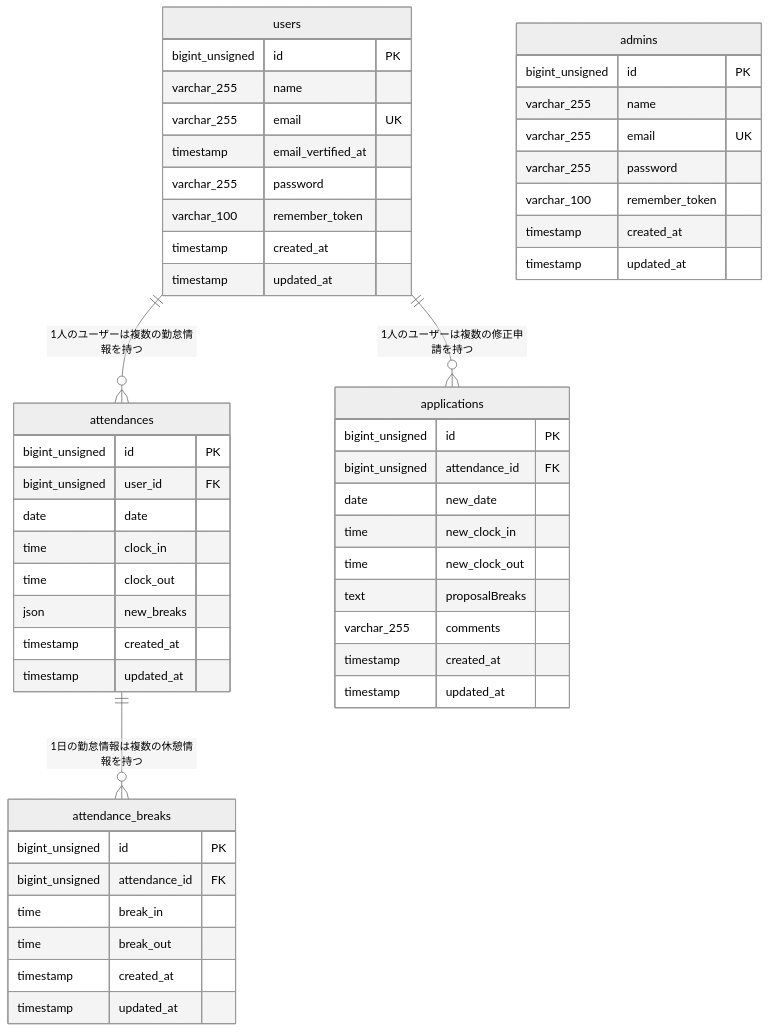
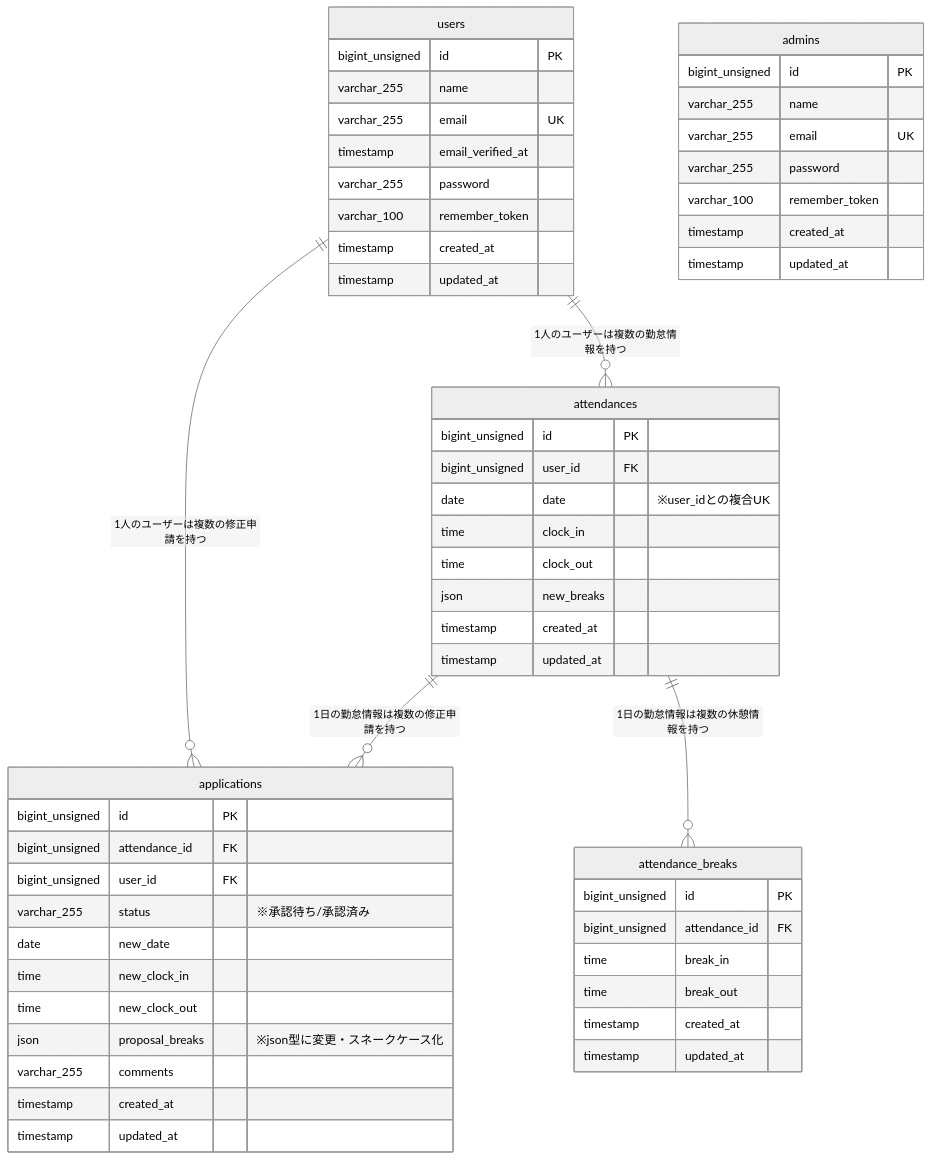
The diagram in README.md (Ma-Namba/attendance-app), drawn with Mermaid (neutral theme) before and after one commit. The commit also changed 3 other files, not shown here.

````diff
--- a/README.md
+++ b/README.md
@@ -115,55 +115,58 @@
 ```mermaid
 erDiagram
-users ||--o{ attendances: "1人のユーザーは複数の勤怠情報を持つ"
-users ||--o{ applications:"1人のユーザーは複数の修正申請を持つ"
-attendances ||--o{ attendance_breaks:"1日の勤怠情報は複数の休憩情報を持つ"
+    users ||--o{ attendances: "1人のユーザーは複数の勤怠情報を持つ"
+    users ||--o{ applications: "1人のユーザーは複数の修正申請を持つ"
+    attendances ||--o{ applications: "1日の勤怠情報は複数の修正申請を持つ"
+    attendances ||--o{ attendance_breaks: "1日の勤怠情報は複数の休憩情報を持つ"
 
-    users{
-bigint_unsigned id PK
-varchar_255 name
-varchar_255 email UK
-timestamp email_vertified_at
-varchar_255 password
-varchar_100 remember_token
-timestamp created_at
-timestamp updated_at
-}
-    admins{
-bigint_unsigned id PK
-varchar_255 name
-varchar_255 email UK
-varchar_255 password
-varchar_100 remember_token
-timestamp created_at
-timestamp updated_at
-}
-    attendances{
-bigint_unsigned id PK
-bigint_unsigned user_id FK
-date date
-time clock_in
-time clock_out
-json new_breaks
-timestamp created_at
-timestamp updated_at
-}
-    applications{
-bigint_unsigned id PK
-bigint_unsigned attendance_id FK
-date new_date
-time new_clock_in
-time new_clock_out
-text proposalBreaks
-varchar_255 comments
-timestamp created_at
-timestamp updated_at
-}
-    attendance_breaks{
-bigint_unsigned id PK
-bigint_unsigned attendance_id FK
-time break_in
-time break_out
-timestamp created_at
-timestamp updated_at
-}
+    users {
+        bigint_unsigned id PK
+        varchar_255 name
+        varchar_255 email UK
+        timestamp email_verified_at
+        varchar_255 password
+        varchar_100 remember_token
+        timestamp created_at
+        timestamp updated_at
+    }
+    admins {
+        bigint_unsigned id PK
+        varchar_255 name
+        varchar_255 email UK
+        varchar_255 password
+        varchar_100 remember_token
+        timestamp created_at
+        timestamp updated_at
+    }
+    attendances {
+        bigint_unsigned id PK
+        bigint_unsigned user_id FK
+        date date "※user_idとの複合UK"
+        time clock_in
+        time clock_out
+        json new_breaks
+        timestamp created_at
+        timestamp updated_at
+    }
+    applications {
+        bigint_unsigned id PK
+        bigint_unsigned attendance_id FK
+        bigint_unsigned user_id FK
+        varchar_255 status "※承認待ち/承認済み"
+        date new_date
+        time new_clock_in
+        time new_clock_out
+        json proposal_breaks "※json型に変更・スネークケース化"
+        varchar_255 comments
+        timestamp created_at
+        timestamp updated_at
+    }
+    attendance_breaks {
+        bigint_unsigned id PK
+        bigint_unsigned attendance_id FK
+        time break_in
+        time break_out
+        timestamp created_at
+        timestamp updated_at
+    }
 ```
````
